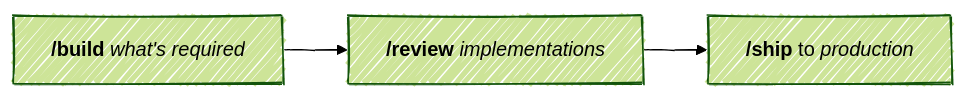
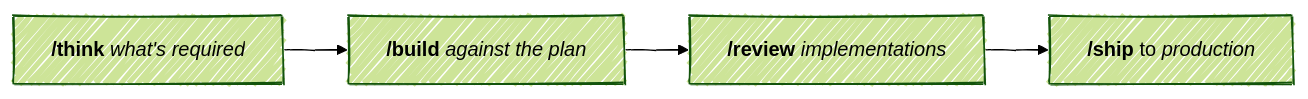
One commit to jimzhan/rex changed the diagram in README.md. Above: the diagram before and after it, drawn with Mermaid. The commit also changed other lines of this file, not shown here.

Commit message:
docs: update README workflow for think and build commands

````diff
--- a/README.md
+++ b/README.md
@@ -36,14 +36,16 @@
 ```mermaid
 ---
 config:
   look: handDrawn
   theme: forest
 ---
 flowchart LR
-  Build["<b>/build</b> <i>what's required</i>"]
+  Think["<b>/think</b> <i>what's required</i>"]
+  Build["<b>/build</b> <i>against the plan</i>"]
   Review["<b>/review</b> <i>implementations</i>"]
   Ship["<b>/ship</b> to <i>production</i>"]
 
+  Think --> Build
   Build --> Review
   Review --> Ship
 ```
````
